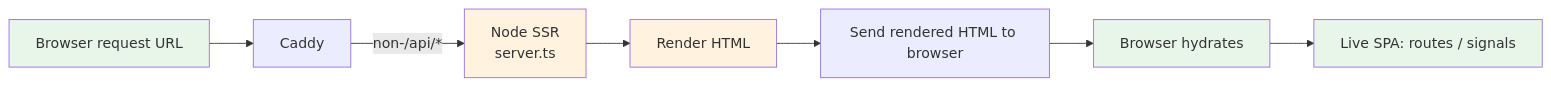
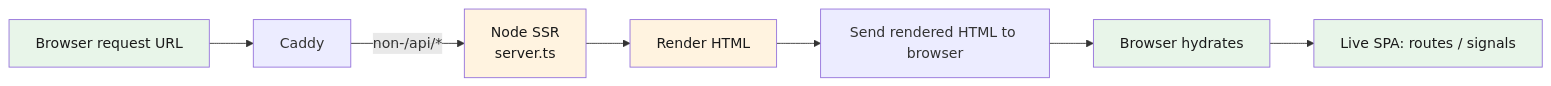
Before and after one commit to Dockdep/LessonHub: the fourth of 4 diagrams in diagrams/frontend/01-architecture.md, drawn with Mermaid. The commit also changed other lines of this file and 26 other files, not shown here.

````diff
--- a/diagrams/frontend/01-architecture.md
+++ b/diagrams/frontend/01-architecture.md
@@ -133,18 +133,18 @@
 ```mermaid
 flowchart LR
-  classDef server fill:#fff3e0
-  classDef both fill:#bbdefb
-  classDef browser fill:#e8f5e9
+  classDef server fill:#fff3e0,color:#1a1a1a
+  classDef both fill:#bbdefb,color:#1a1a1a
+  classDef browser fill:#e8f5e9,color:#1a1a1a
 
   url[Browser request URL]:::browser
   caddy[Caddy]
   ssr[Node SSR<br/>server.ts]:::server
   hydrate[Browser hydrates]:::browser
 
   url --> caddy
   caddy -- non-/api/* --> ssr
   ssr --> resolve[Render HTML]:::server
   resolve --> initial[Send rendered HTML to browser]
   initial --> hydrate
   hydrate --> live[Live SPA: routes / signals]:::browser
 ```
````
